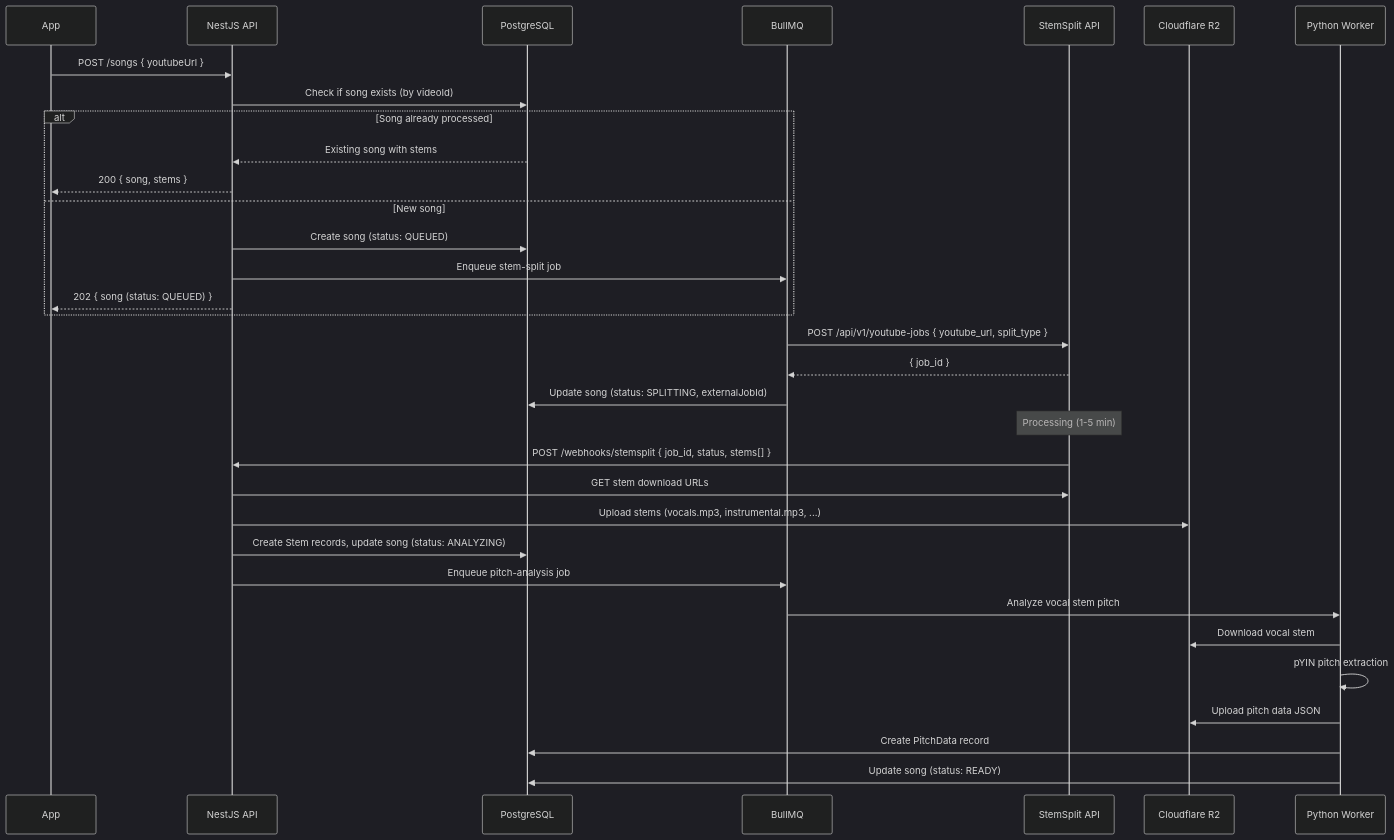
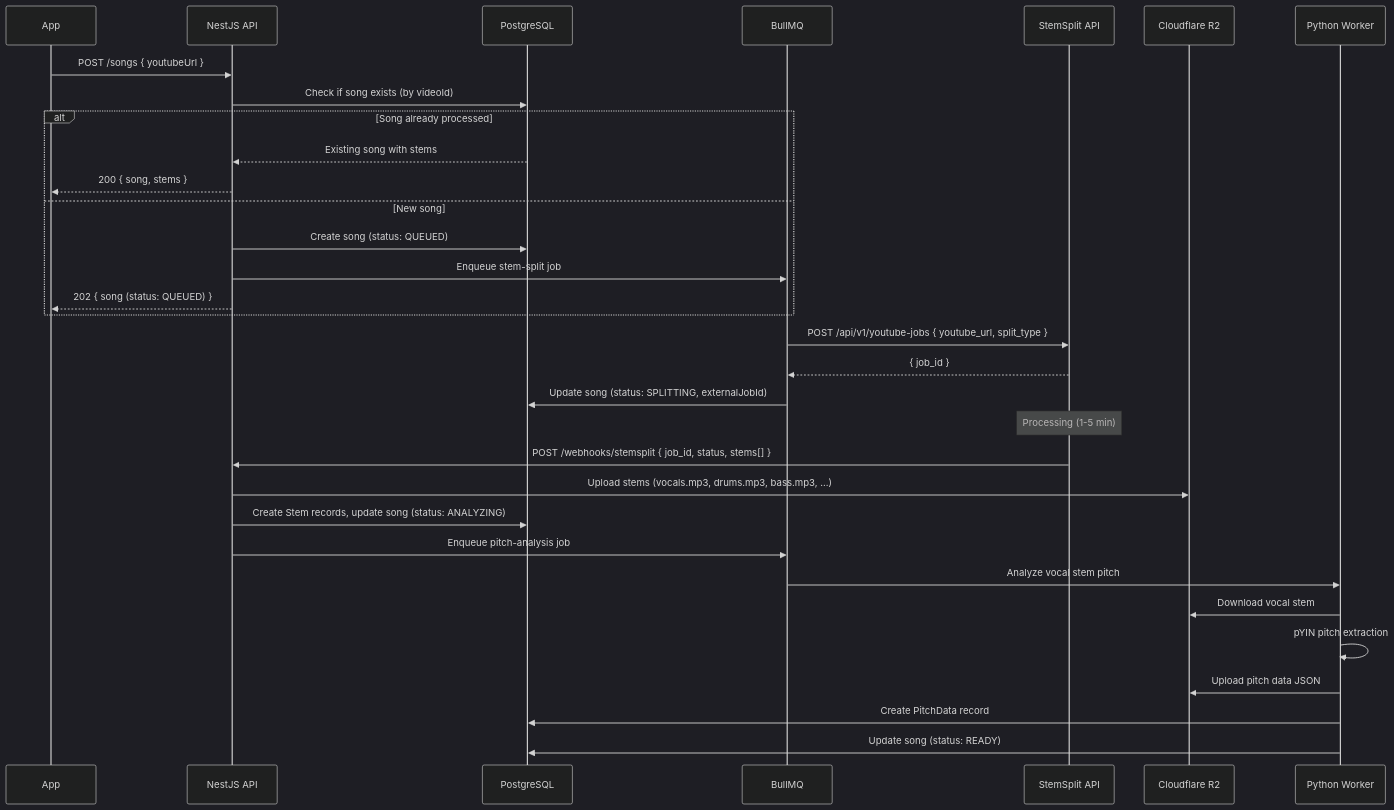
One commit to pawelgawliczek/intonavio changed the fourth of 5 diagrams in docs/03-api-design.md. Above: the diagram before and after it, drawn with Mermaid (dark theme). The commit also changed other lines of this file and 12 other files, not shown here.

````diff
--- a/docs/03-api-design.md
+++ b/docs/03-api-design.md
@@ -85,40 +85,39 @@
 ```mermaid
 sequenceDiagram
     participant Client as App
     participant API as NestJS API
     participant DB as PostgreSQL
     participant Queue as BullMQ
     participant SS as StemSplit API
     participant R2 as Cloudflare R2
     participant Worker as Python Worker
 
     Client->>API: POST /songs { youtubeUrl }
     API->>DB: Check if song exists (by videoId)
     alt Song already processed
         DB-->>API: Existing song with stems
         API-->>Client: 200 { song, stems }
     else New song
         API->>DB: Create song (status: QUEUED)
         API->>Queue: Enqueue stem-split job
         API-->>Client: 202 { song (status: QUEUED) }
     end
 
     Queue->>SS: POST /api/v1/youtube-jobs { youtube_url, split_type }
     SS-->>Queue: { job_id }
     Queue->>DB: Update song (status: SPLITTING, externalJobId)
 
     Note over SS: Processing (1-5 min)
 
     SS->>API: POST /webhooks/stemsplit { job_id, status, stems[] }
-    API->>SS: GET stem download URLs
-    API->>R2: Upload stems (vocals.mp3, instrumental.mp3, ...)
+    API->>R2: Upload stems (vocals.mp3, drums.mp3, bass.mp3, ...)
     API->>DB: Create Stem records, update song (status: ANALYZING)
     API->>Queue: Enqueue pitch-analysis job
 
     Queue->>Worker: Analyze vocal stem pitch
     Worker->>R2: Download vocal stem
     Worker->>Worker: pYIN pitch extraction
     Worker->>R2: Upload pitch data JSON
     Worker->>DB: Create PitchData record
     Worker->>DB: Update song (status: READY)
 ```
````
